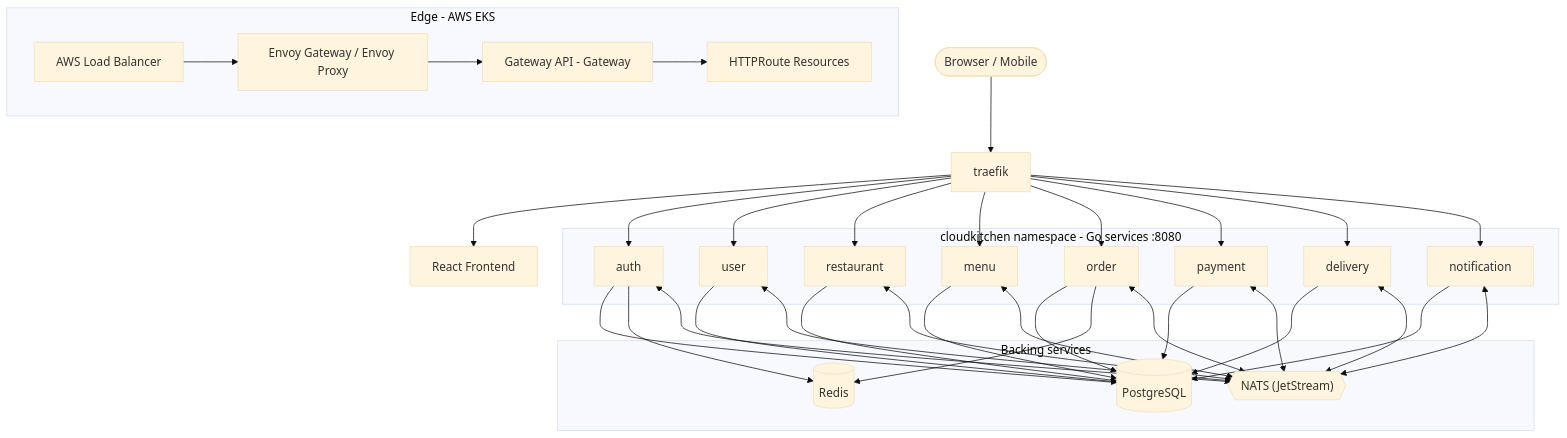
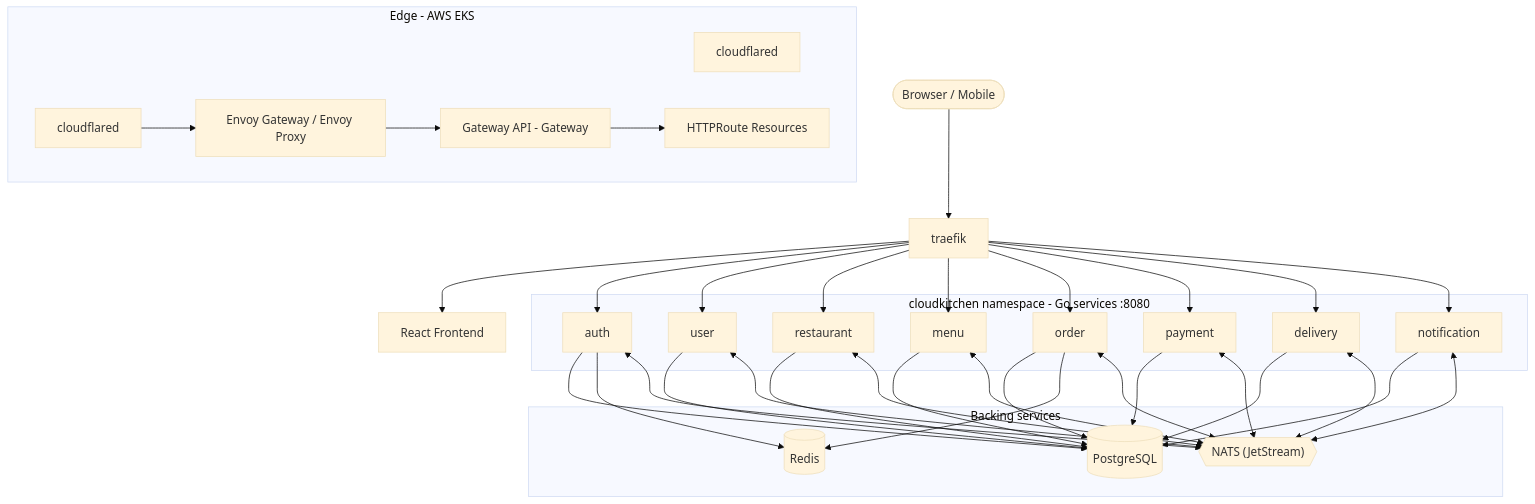
The first of 4 diagrams in docs/PHASE-1.md (amadidominic15/cloudkitchen-gitops), drawn with Mermaid (base theme) before and after one commit. The commit also changed 59 other files, not shown here.

````diff
--- a/docs/PHASE-1.md
+++ b/docs/PHASE-1.md
@@ -9,38 +9,38 @@
 ```mermaid
 flowchart TB
     user([Browser / Mobile])
 
     subgraph edge["Edge - AWS EKS"]
-      lb["AWS Load Balancer"]
+      lb["cloudflared"]
       envoy["Envoy Gateway / Envoy Proxy"] 
       gw["Gateway API - Gateway"] 
       routes["HTTPRoute Resources"] 
-      lb --> envoy --> gw --> routes
+      cloudflared --> envoy --> gw --> routes
     end
 
     fe[React Frontend]
 
     subgraph svc[cloudkitchen namespace - Go services :8080]
       auth[auth]
       usr[user]
       rest[restaurant]
       menu[menu]
       order[order]
       pay[payment]
       del[delivery]
       notif[notification]
     end
 
     subgraph data[Backing services]
       pg[(PostgreSQL)]
       redis[(Redis)]
       mq{{"NATS (JetStream)"}}
     end
 
     user --> traefik --> fe
     traefik --> auth & usr & rest & menu & order & pay & del & notif
 
     auth & usr & rest & menu & order & pay & del & notif --> pg
     auth & order --> redis
     auth & usr & rest & menu & order & pay & del & notif <--> mq
 ```
````
